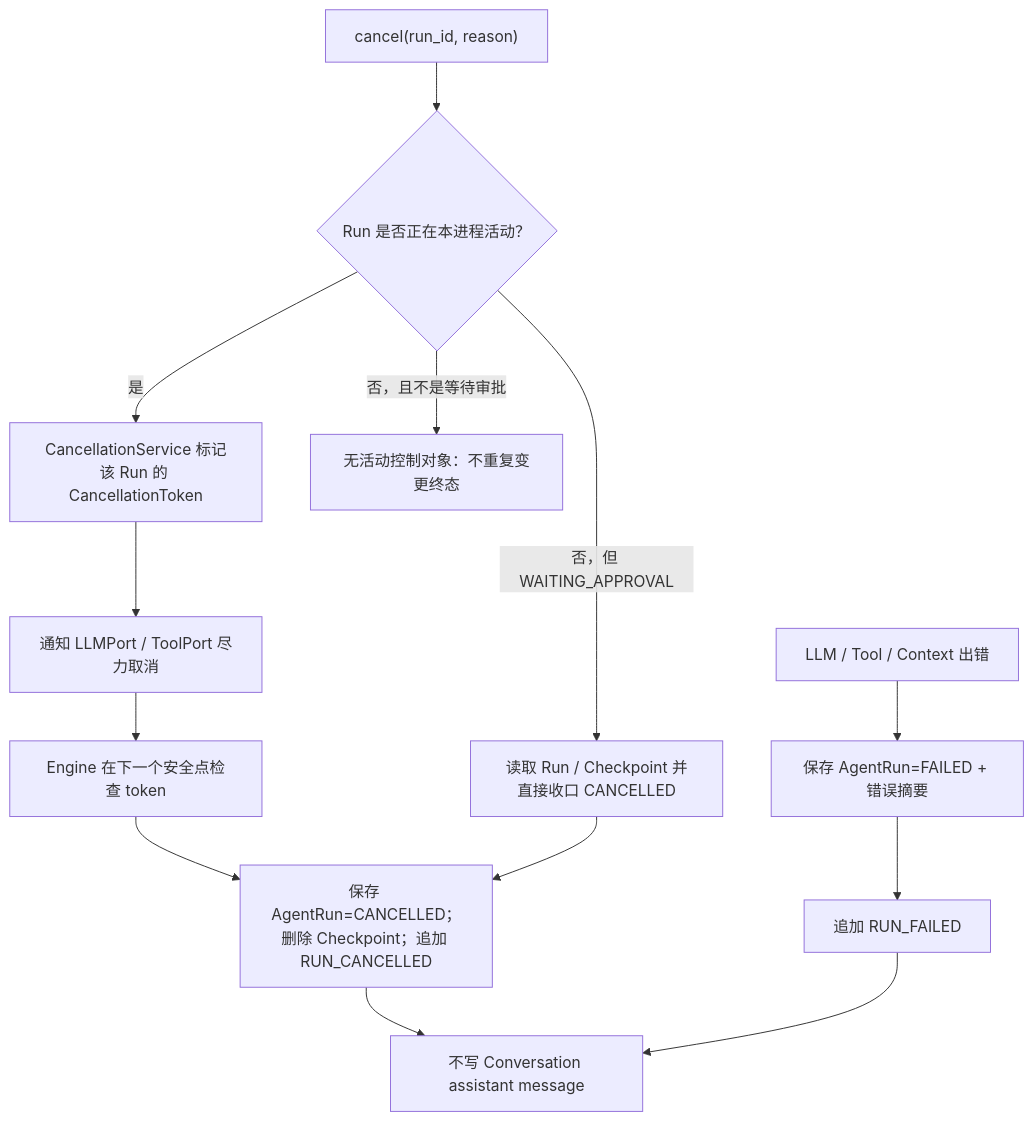
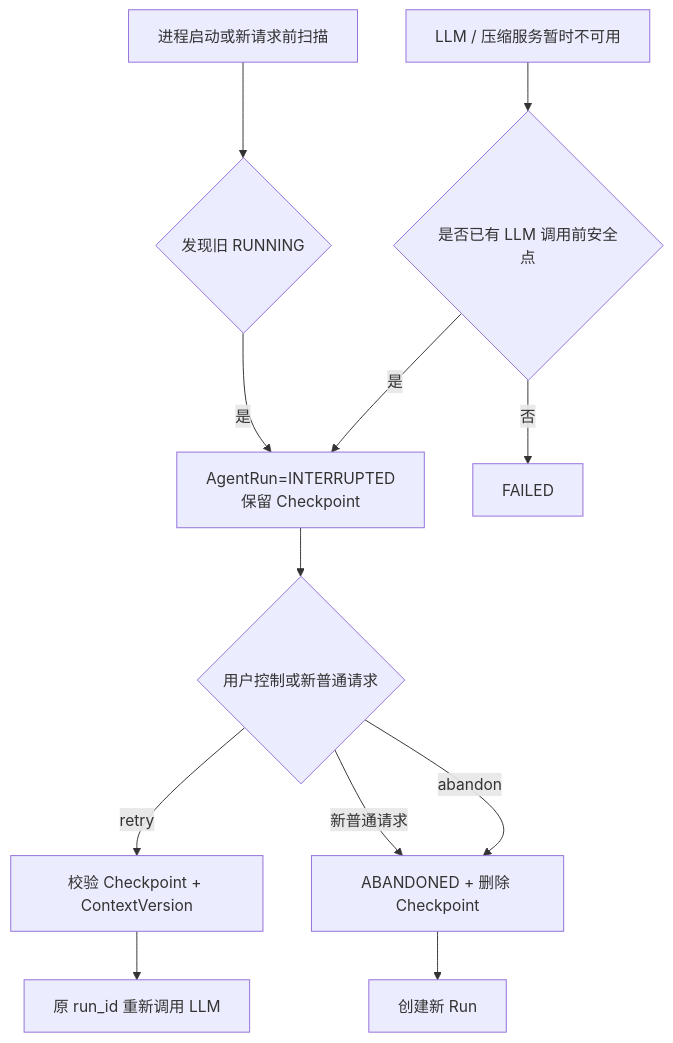
Before and after one commit to aandbcct/dotClaw: diagram 11 of 14 in docs/wiki/Runtime 模块总体说明.md, drawn with Mermaid. The commit also changed other lines of this file and 6 other files, not shown here.

````diff
--- a/docs/wiki/Runtime 模块总体说明.md
+++ b/docs/wiki/Runtime 模块总体说明.md
@@ -342,16 +1414,16 @@
 ```mermaid
 flowchart TD
-    Cancel["cancel(run_id, reason)"] --> Active{"Run 是否正在本进程活动？"}
-    Active -->|是| Token["CancellationService 标记该 Run 的 CancellationToken"]
-    Token --> BestEffort["通知 LLMPort / ToolPort 尽力取消"]
-    BestEffort --> Safe["Engine 在下一个安全点检查 token"]
-    Active -->|否，但 WAITING_APPROVAL| Waiting["读取 Run / Checkpoint 并直接收口 CANCELLED"]
-    Active -->|否，且不是等待审批| Ignore["无活动控制对象：不重复变更终态"]
-    Safe --> Cancelled["保存 AgentRun=CANCELLED；删除 Checkpoint；追加 RUN_CANCELLED"]
-    Waiting --> Cancelled
-    Cancelled --> NoConversation["不写 Conversation assistant message"]
+    Failure["LLM / 压缩服务暂时不可用"] --> Safe{"是否已有 LLM 调用前安全点"}
+    Safe -->|是| Interrupted["AgentRun=INTERRUPTED<br/>保留 Checkpoint"]
+    Safe -->|否| Failed["FAILED"]
 
-    ToolFailure["LLM / Tool / Context 出错"] --> Failed["保存 AgentRun=FAILED + 错误摘要"]
-    Failed --> Event["追加 RUN_FAILED"]
-    Event --> NoConversation
+    Restart["进程启动或新请求前扫描"] --> Running{"发现旧 RUNNING"}
+    Running -->|是| Interrupted
+
+    Interrupted --> Choice{"用户控制或新普通请求"}
+    Choice -->|retry| Validate["校验 Checkpoint + ContextVersion"]
+    Validate --> Resume["原 run_id 重新调用 LLM"]
+    Choice -->|abandon| Abandoned["ABANDONED + 删除 Checkpoint"]
+    Choice -->|新普通请求| Abandoned
+    Abandoned --> NewRun["创建新 Run"]
 ```
````
